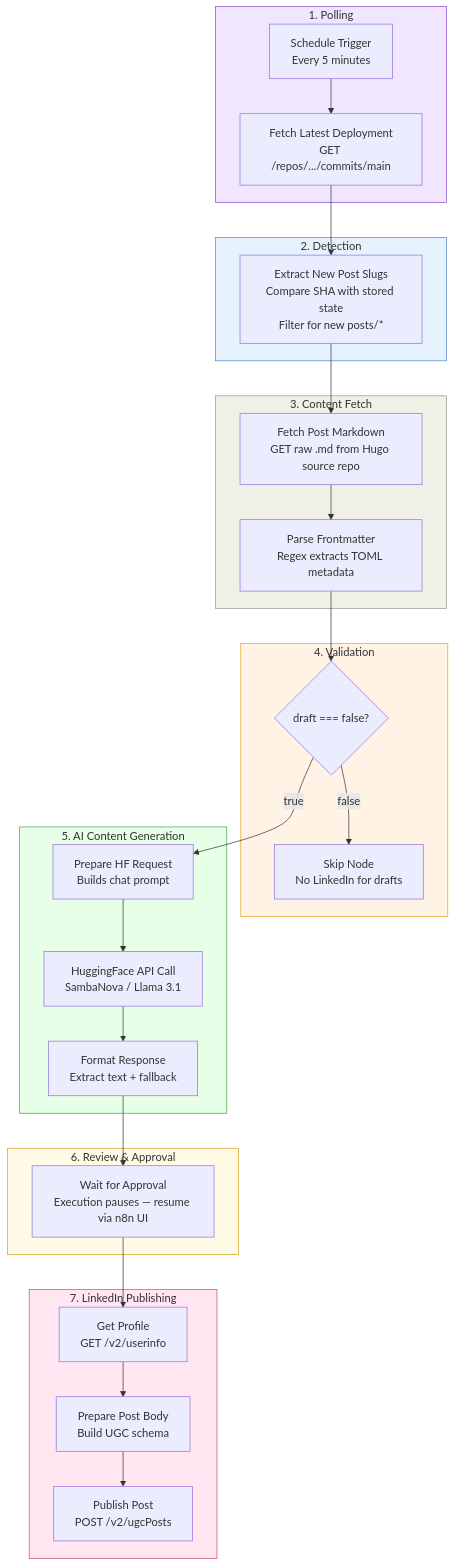
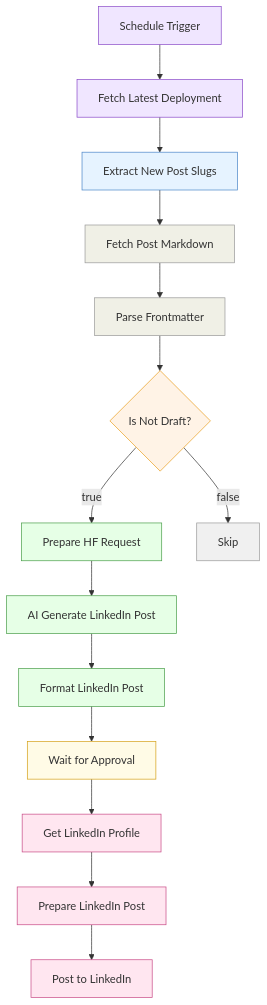
The third of 6 diagrams in docs/architecture.md (thatsmeadarsh/n8n-powered-auto-web-publish), drawn with Mermaid before and after one commit. The commit also changed other lines of this file, not shown here.

First line of the commit message:
Fix all diagram rendering issues in architecture.md

````diff
--- a/docs/architecture.md
+++ b/docs/architecture.md
@@ -215,52 +194,31 @@
 ```mermaid
 graph TD
-    subgraph Polling["1. Polling"]
-        ST[Schedule Trigger<br/>Every 5 minutes]
-        FD[Fetch Latest Deployment<br/>GET /repos/.../commits/main]
-    end
+    ST[Schedule Trigger] --> FD[Fetch Latest Deployment]
+    FD --> ES[Extract New Post Slugs]
+    ES --> FM[Fetch Post Markdown]
+    FM --> PF[Parse Frontmatter]
+    PF --> DC{Is Not Draft?}
+    DC -->|true| PR[Prepare HF Request]
+    DC -->|false| SK[Skip]
+    PR --> HF[AI Generate LinkedIn Post]
+    HF --> FL[Format LinkedIn Post]
+    FL --> WA[Wait for Approval]
+    WA --> GL[Get LinkedIn Profile]
+    GL --> PL[Prepare LinkedIn Post]
+    PL --> LI[Post to LinkedIn]
 
-    subgraph Detection["2. Detection"]
-        ES[Extract New Post Slugs<br/>Compare SHA with stored state<br/>Filter for new posts/*]
-    end
-
-    subgraph Fetch["3. Content Fetch"]
-        FM[Fetch Post Markdown<br/>GET raw .md from Hugo source repo]
-        PF[Parse Frontmatter<br/>Regex extracts TOML metadata]
-    end
-
-    subgraph Validation["4. Validation"]
-        DC{draft === false?}
-        SK[Skip Node<br/>No LinkedIn for drafts]
-    end
-
-    subgraph AIGeneration["5. AI Content Generation"]
-        PR[Prepare HF Request<br/>Builds chat prompt]
-        HF[HuggingFace API Call<br/>SambaNova / Llama 3.1]
-        FL[Format Response<br/>Extract text + fallback]
-    end
-
-    subgraph Review["6. Review & Approval"]
-        WA[Wait for Approval<br/>Execution pauses — resume via n8n UI]
-    end
-
-    subgraph LinkedInPublish["7. LinkedIn Publishing"]
-        GL[Get Profile<br/>GET /v2/userinfo]
-        PL[Prepare Post Body<br/>Build UGC schema]
-        LI[Publish Post<br/>POST /v2/ugcPosts]
-    end
-
-    ST --> FD --> ES --> FM --> PF --> DC
-    DC -->|true| PR
-    DC -->|false| SK
-    PR --> HF --> FL
-    FL --> WA --> GL --> PL --> LI
-
-    style Review fill:#fffbe6,stroke:#d4a017
-
-    style Polling fill:#f0e6ff,stroke:#8a4ac8
-    style Detection fill:#e6f3ff,stroke:#4a86c8
-    style Fetch fill:#f0f0e6,stroke:#999
-    style Validation fill:#fff3e6,stroke:#e8a020
-    style AIGeneration fill:#e6ffe6,stroke:#4a9e4a
-    style LinkedInPublish fill:#ffe6f0,stroke:#c84a86
+    style ST fill:#f0e6ff,stroke:#8a4ac8
+    style FD fill:#f0e6ff,stroke:#8a4ac8
+    style ES fill:#e6f3ff,stroke:#4a86c8
+    style FM fill:#f0f0e6,stroke:#999
+    style PF fill:#f0f0e6,stroke:#999
+    style DC fill:#fff3e6,stroke:#e8a020
+    style SK fill:#f0f0f0,stroke:#999
+    style PR fill:#e6ffe6,stroke:#4a9e4a
+    style HF fill:#e6ffe6,stroke:#4a9e4a
+    style FL fill:#e6ffe6,stroke:#4a9e4a
+    style WA fill:#fffbe6,stroke:#d4a017
+    style GL fill:#ffe6f0,stroke:#c84a86
+    style PL fill:#ffe6f0,stroke:#c84a86
+    style LI fill:#ffe6f0,stroke:#c84a86
 ```
````
